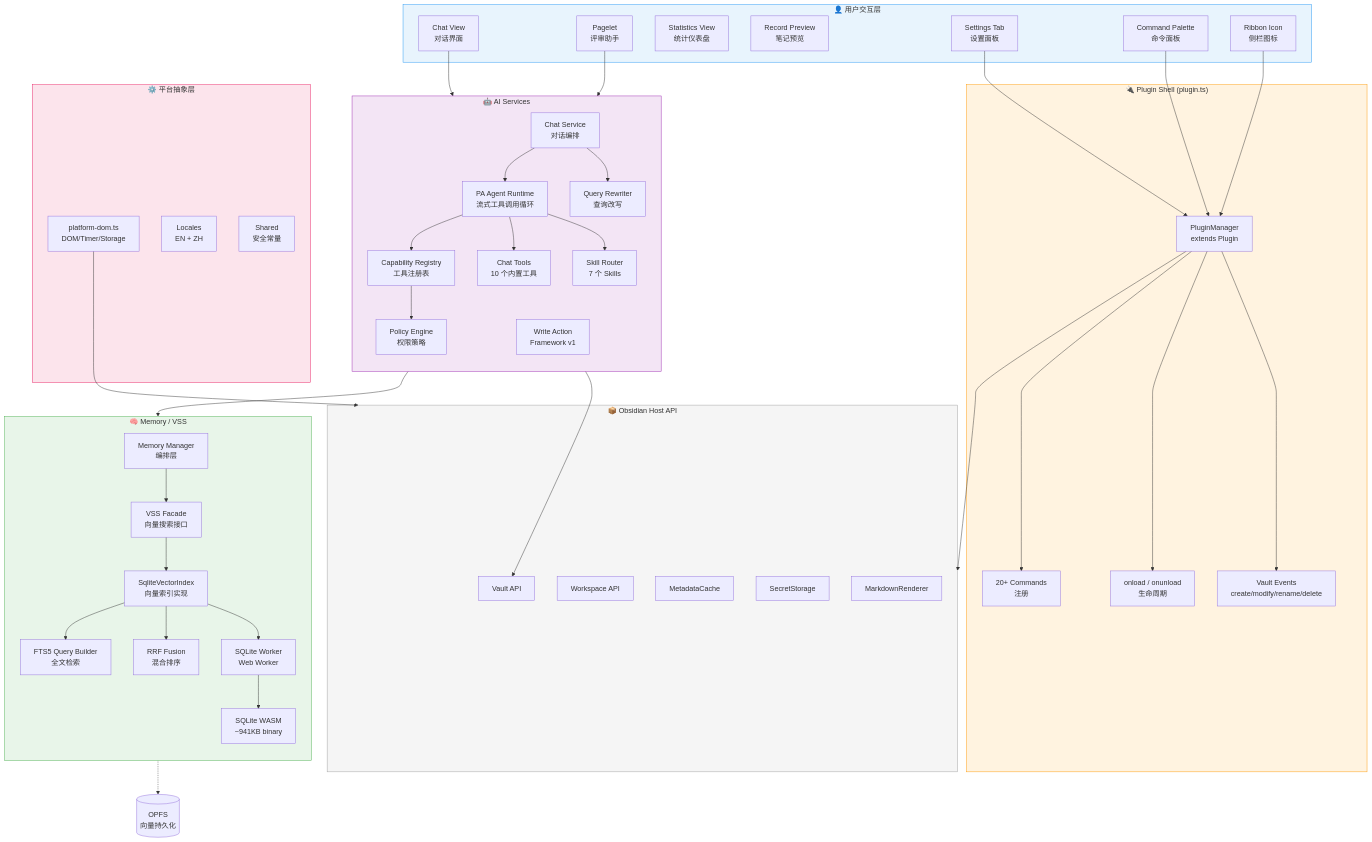
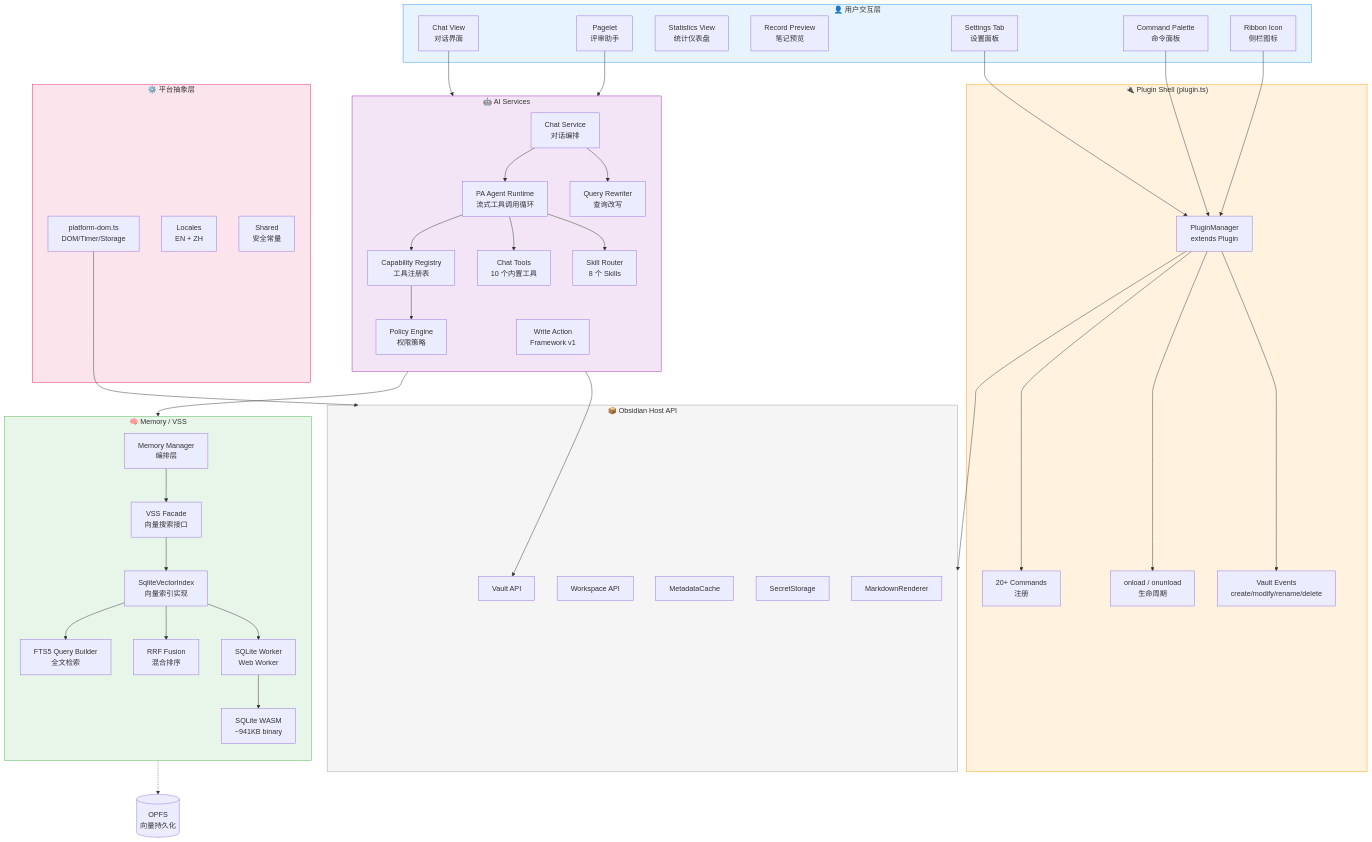
Before and after one commit to edonyzpc/personal-assistant: the third of 15 diagrams in docs/architecture-overview.md, drawn with Mermaid. The commit also changed other lines of this file and 2 other files, not shown here.

First line of the commit message:
docs: fix architecture audit findings and sync tracker/roadmap status

```diff
--- a/docs/architecture-overview.md
+++ b/docs/architecture-overview.md
@@ -196,7 +196,7 @@
         CAP[Capability Registry<br/>工具注册表]
         POL[Policy Engine<br/>权限策略]
         TOOLS[Chat Tools<br/>10 个内置工具]
-        SKILLS[Skill Router<br/>7 个 Skills]
+        SKILLS[Skill Router<br/>8 个 Skills]
         QR[Query Rewriter<br/>查询改写]
         CS[Chat Service<br/>对话编排]
         WAF[Write Action<br/>Framework v1]
```
